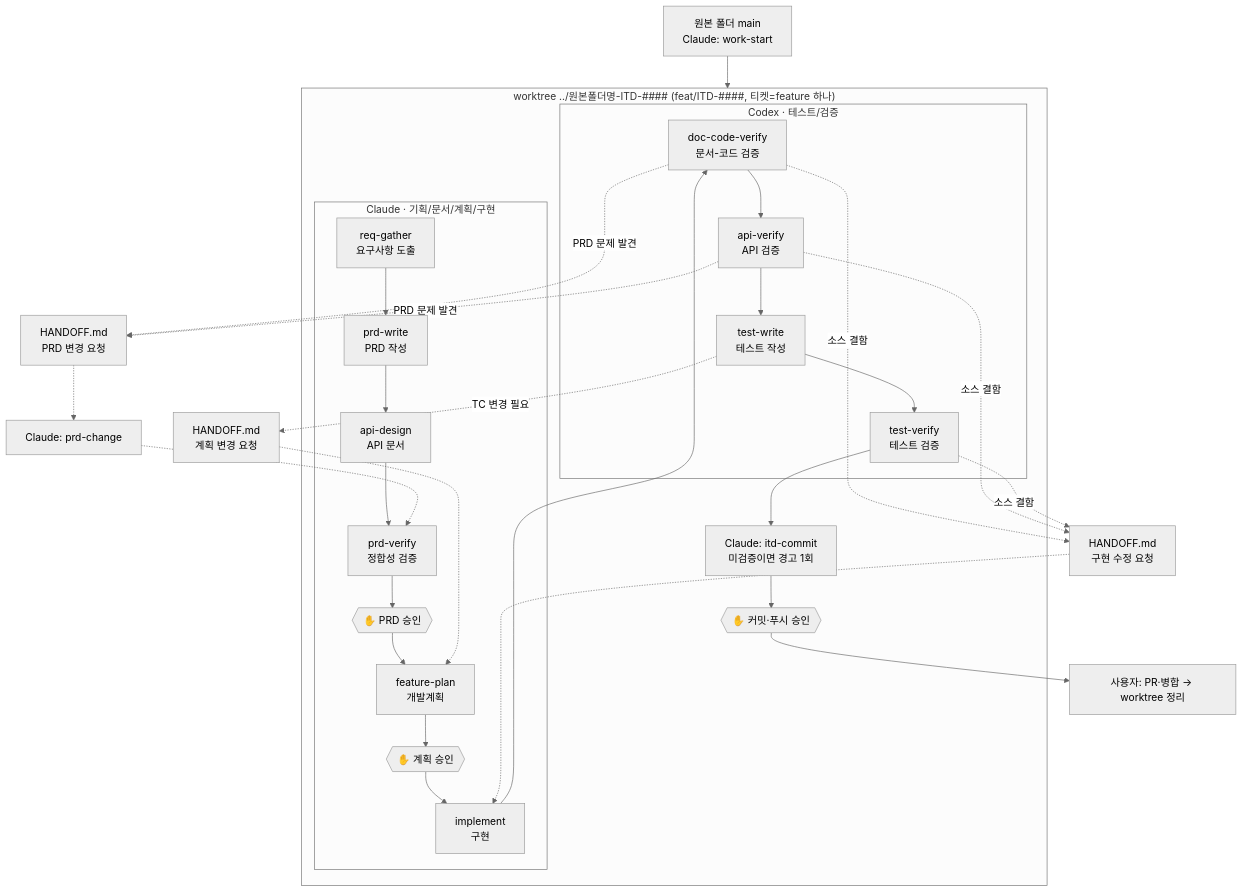
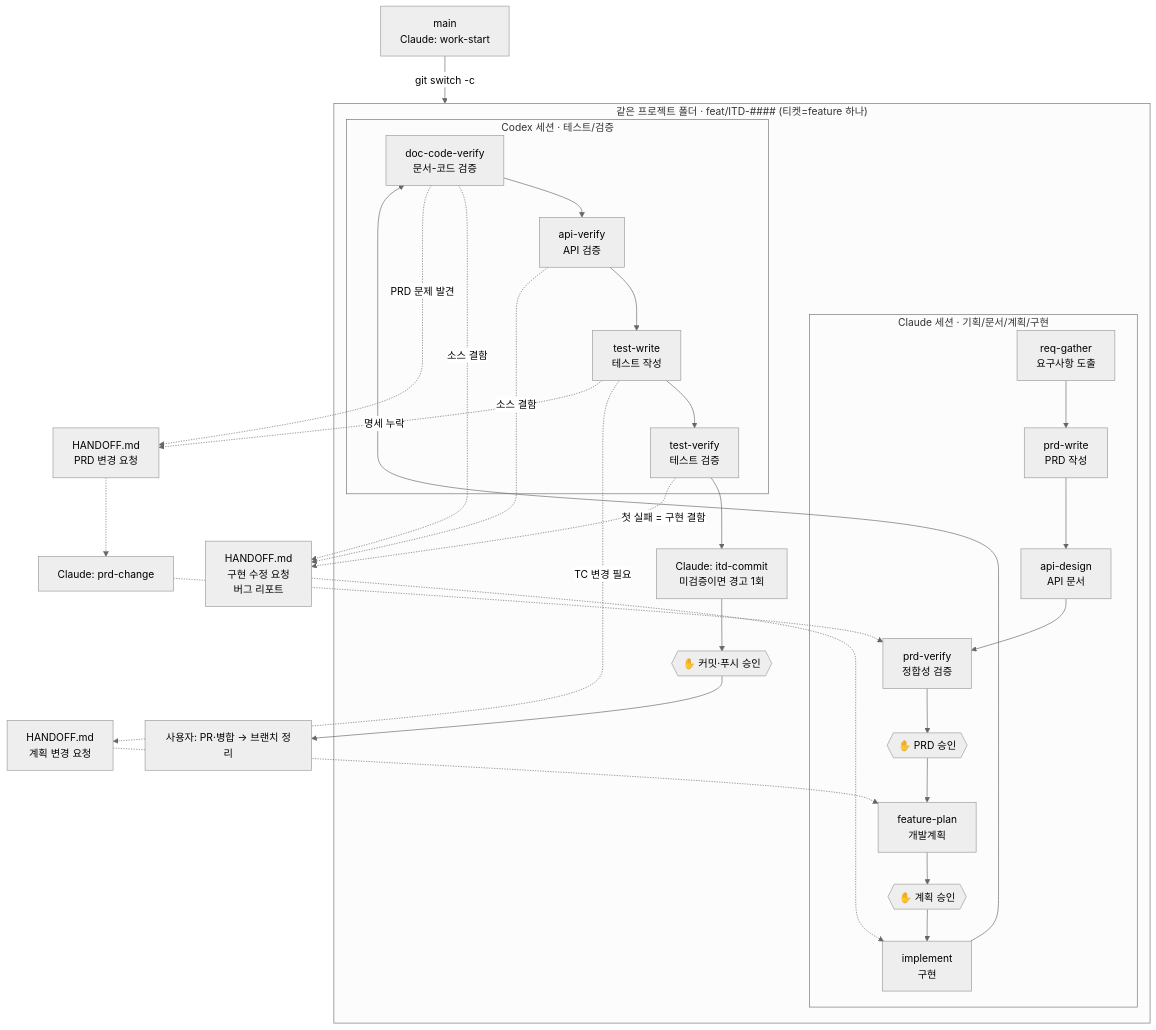
The diagram in README.md (sju3358/init-harness), drawn with Mermaid (neutral theme) before and after one commit. The commit also changed other lines of this file and 37 other files, not shown here.

First line of the commit message:
feat: worktree 제거, 같은 폴더·세션 운용과 문서 기준 테스트 규칙 도입

````diff
--- a/README.md
+++ b/README.md
@@ -84,36 +86,36 @@
 ```mermaid
 flowchart TD
-    W[원본 폴더 main<br/>Claude: work-start] --> WT
+    W[main<br/>Claude: work-start] -->|git switch -c| B
 
-    subgraph WT["worktree ../원본폴더명-ITD-#### (feat/ITD-####, 티켓=feature 하나)"]
-        subgraph C["Claude · 기획/문서/계획/구현"]
+    subgraph B["같은 프로젝트 폴더 · feat/ITD-#### (티켓=feature 하나)"]
+        subgraph C["Claude 세션 · 기획/문서/계획/구현"]
             C1[req-gather<br/>요구사항 도출] --> C2[prd-write<br/>PRD 작성]
             C2 --> C3[api-design<br/>API 문서]
             C3 --> C4[prd-verify<br/>정합성 검증]
             C4 --> G1{{"✋ PRD 승인"}}
             G1 --> C5[feature-plan<br/>개발계획]
             C5 --> G2{{"✋ 계획 승인"}}
             G2 --> C6[implement<br/>구현]
         end
 
-        subgraph X["Codex · 테스트/검증"]
+        subgraph X["Codex 세션 · 테스트/검증"]
             X1[doc-code-verify<br/>문서-코드 검증] --> X2[api-verify<br/>API 검증]
             X2 --> X3[test-write<br/>테스트 작성]
             X3 --> X4[test-verify<br/>테스트 검증]
         end
 
         C6 --> X1
         X4 --> C7[Claude: itd-commit<br/>미검증이면 경고 1회]
         C7 --> G3{{"✋ 커밋·푸시 승인"}}
     end
 
-    G3 --> M[사용자: PR·병합 → worktree 정리]
+    G3 --> M[사용자: PR·병합 → 브랜치 정리]
 
-    X1 -. 소스 결함 .-> F[HANDOFF.md<br/>구현 수정 요청] -.-> C6
+    X1 -. 소스 결함 .-> F[HANDOFF.md<br/>구현 수정 요청<br/>버그 리포트] -.-> C6
     X2 -. 소스 결함 .-> F
-    X4 -. 소스 결함 .-> F
+    X4 -. 첫 실패 = 구현 결함 .-> F
     X3 -. TC 변경 필요 .-> P[HANDOFF.md<br/>계획 변경 요청] -.-> C5
     X1 -. PRD 문제 발견 .-> R[HANDOFF.md<br/>PRD 변경 요청]
-    X2 -. PRD 문제 발견 .-> R
+    X3 -. 명세 누락 .-> R
     R -.-> CH[Claude: prd-change] -.-> C4
 ```
````
